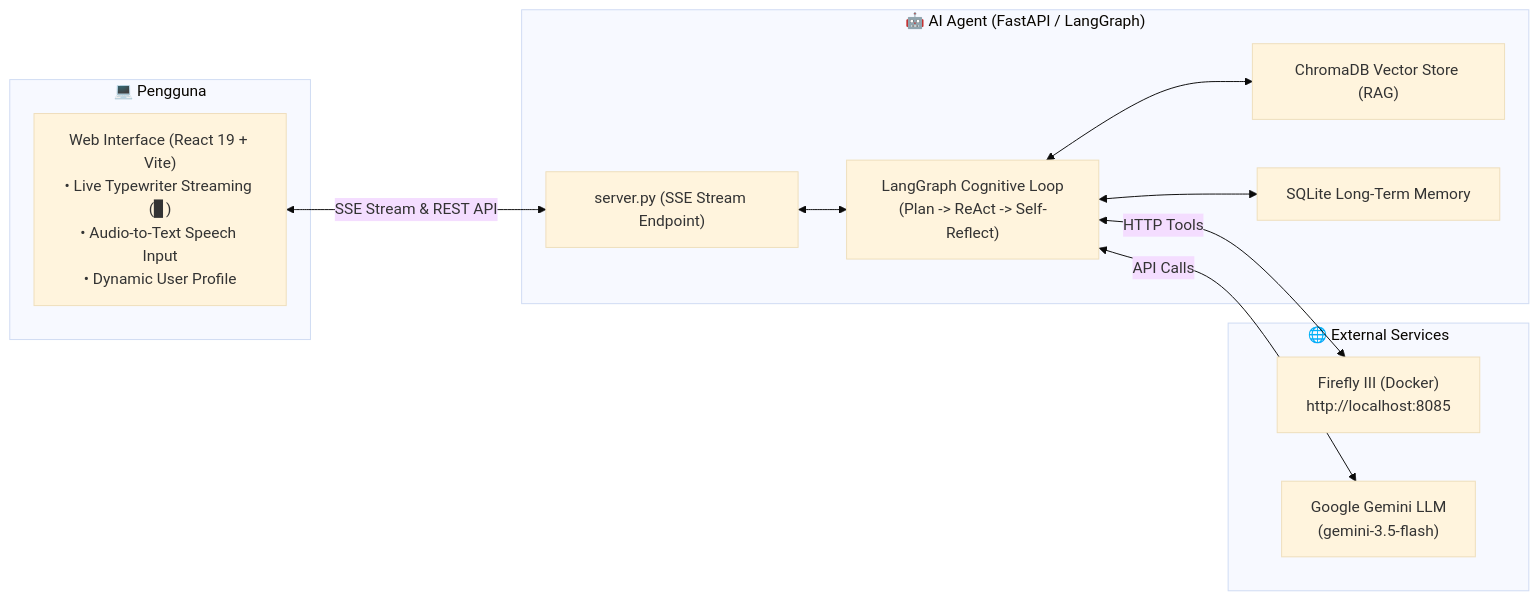
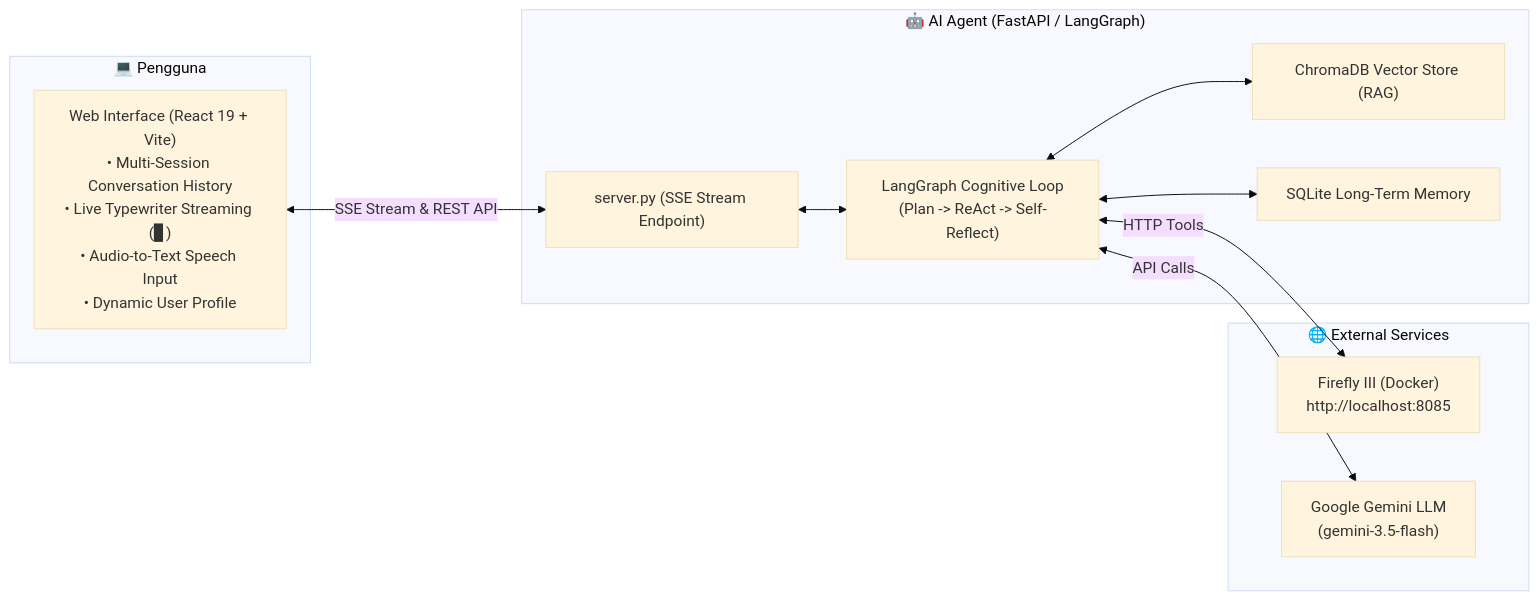
The diagram in README.md (Ozin-kun/FireflyIII-AIAgent), drawn with Mermaid (base theme) before and after one commit. The commit also changed 3 other files, not shown here.

````diff
--- a/README.md
+++ b/README.md
@@ -35,25 +35,25 @@
 ```mermaid
 flowchart LR
     subgraph Client["💻 Pengguna"]
-        WebUI["Web Interface (React 19 + Vite)\n• Live Typewriter Streaming (▊)\n• Audio-to-Text Speech Input\n• Dynamic User Profile"]
+        WebUI["Web Interface (React 19 + Vite)\n• Multi-Session Conversation History\n• Live Typewriter Streaming (▊)\n• Audio-to-Text Speech Input\n• Dynamic User Profile"]
     end
 
     subgraph Backend["🤖 AI Agent (FastAPI / LangGraph)"]
         Server["server.py (SSE Stream Endpoint)"]
         Planner["LangGraph Cognitive Loop\n(Plan -> ReAct -> Self-Reflect)"]
         RAG["ChromaDB Vector Store (RAG)"]
         Memory["SQLite Long-Term Memory"]
     end
 
     subgraph External["🌐 External Services"]
         Firefly["Firefly III (Docker)\nhttp://localhost:8085"]
         Gemini["Google Gemini LLM\n(gemini-3.5-flash)"]
     end
 
     WebUI <-->|SSE Stream & REST API| Server
     Server <--> Planner
     Planner <--> RAG
     Planner <--> Memory
     Planner <-->|HTTP Tools| Firefly
     Planner <-->|API Calls| Gemini
 ```
````
